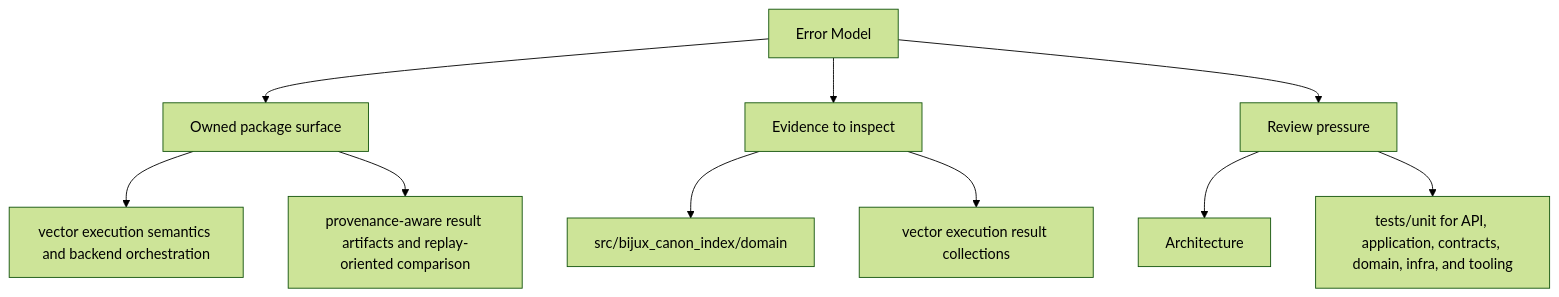
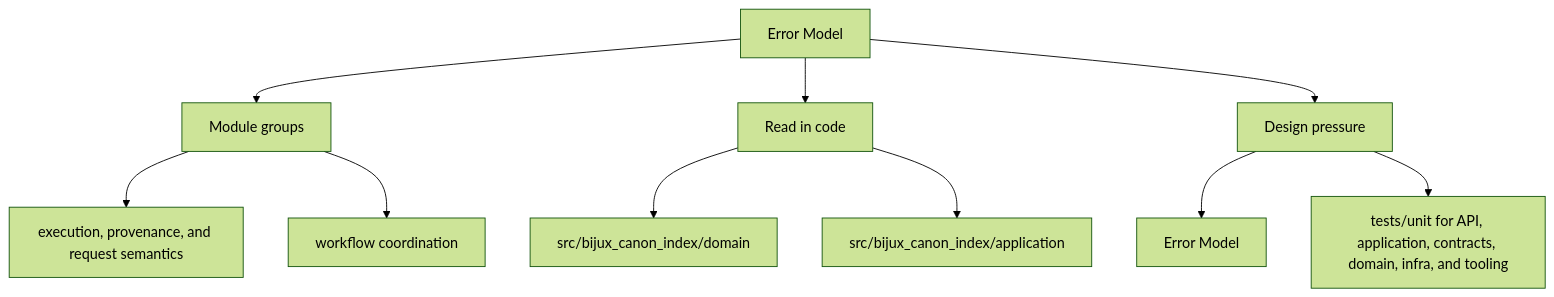
One commit to bijux/bijux-canon changed the second of 2 diagrams in docs/bijux-canon-index/architecture/error-model.md. Above: the diagram before and after it, drawn with Mermaid (forest theme). The commit also changed other lines of this file and 250 other files, not shown here.

Commit message:
docs(diagrams): make product page maps more readable

````diff
--- a/docs/bijux-canon-index/architecture/error-model.md
+++ b/docs/bijux-canon-index/architecture/error-model.md
@@ -35,22 +35,22 @@
 ```mermaid
 flowchart TD
     page["Error Model"]
-    focus1["Owned package surface"]
+    focus1["Module groups"]
     page --> focus1
-    focus1_1["vector execution semantics and backend orchestration"]
+    focus1_1["execution, provenance, and request semantics"]
     focus1 --> focus1_1
-    focus1_2["provenance-aware result artifacts and replay-oriented comparison"]
+    focus1_2["workflow coordination"]
     focus1 --> focus1_2
-    focus2["Evidence to inspect"]
+    focus2["Read in code"]
     page --> focus2
     focus2_1["src/bijux_canon_index/domain"]
     focus2 --> focus2_1
-    focus2_2["vector execution result collections"]
+    focus2_2["src/bijux_canon_index/application"]
     focus2 --> focus2_2
-    focus3["Review pressure"]
+    focus3["Design pressure"]
     page --> focus3
-    focus3_1["Architecture"]
+    focus3_1["Error Model"]
     focus3 --> focus3_1
     focus3_2["tests/unit for API, application, contracts, domain, infra, and tooling"]
     focus3 --> focus3_2
 ```
````
